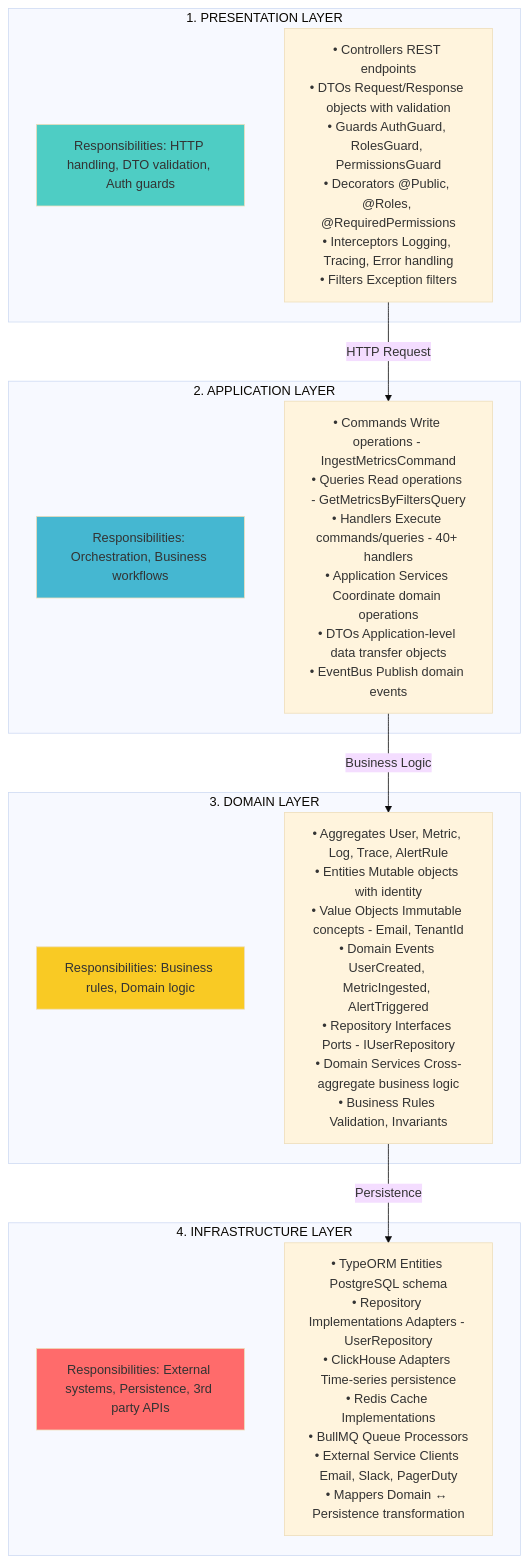
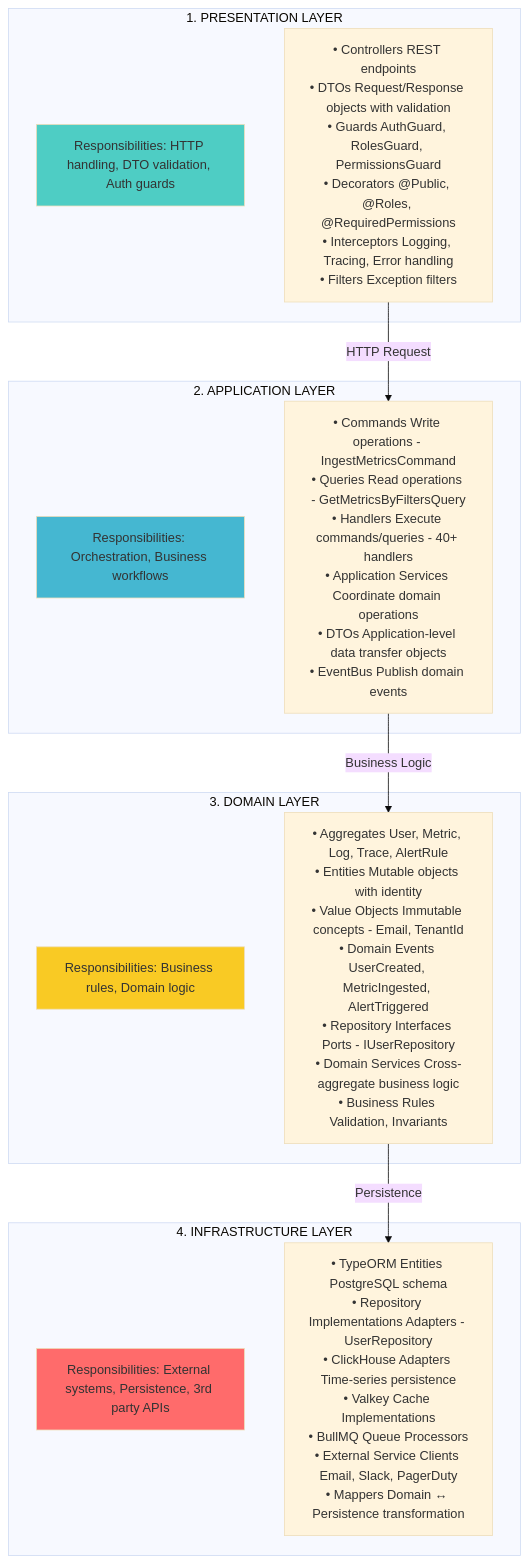
One commit to telemetryflow/telemetryflow-overview changed the fifth of 14 diagrams in architecture/01-SYSTEM-ARCHITECTURE.md. Above: the diagram before and after it, drawn with Mermaid (base theme). The commit also changed other lines of this file and 23 other files, not shown here.

First line of the commit message:
docs: relabel Redis->Valkey in architecture/diagrams/prose (follow-up sweep)

````diff
--- a/architecture/01-SYSTEM-ARCHITECTURE.md
+++ b/architecture/01-SYSTEM-ARCHITECTURE.md
@@ -255,31 +255,31 @@
 ```mermaid
 graph TB
     subgraph "1. PRESENTATION LAYER"
         P1[Responsibilities: HTTP handling, DTO validation, Auth guards]
         P2[• Controllers REST endpoints<br/>• DTOs Request/Response objects with validation<br/>• Guards AuthGuard, RolesGuard, PermissionsGuard<br/>• Decorators @Public, @Roles, @RequiredPermissions<br/>• Interceptors Logging, Tracing, Error handling<br/>• Filters Exception filters]
     end
 
     subgraph "2. APPLICATION LAYER"
         A1[Responsibilities: Orchestration, Business workflows]
         A2[• Commands Write operations - IngestMetricsCommand<br/>• Queries Read operations - GetMetricsByFiltersQuery<br/>• Handlers Execute commands/queries - 40+ handlers<br/>• Application Services Coordinate domain operations<br/>• DTOs Application-level data transfer objects<br/>• EventBus Publish domain events]
     end
 
     subgraph "3. DOMAIN LAYER"
         D1[Responsibilities: Business rules, Domain logic]
         D2[• Aggregates User, Metric, Log, Trace, AlertRule<br/>• Entities Mutable objects with identity<br/>• Value Objects Immutable concepts - Email, TenantId<br/>• Domain Events UserCreated, MetricIngested, AlertTriggered<br/>• Repository Interfaces Ports - IUserRepository<br/>• Domain Services Cross-aggregate business logic<br/>• Business Rules Validation, Invariants]
     end
 
     subgraph "4. INFRASTRUCTURE LAYER"
         I1[Responsibilities: External systems, Persistence, 3rd party APIs]
-        I2[• TypeORM Entities PostgreSQL schema<br/>• Repository Implementations Adapters - UserRepository<br/>• ClickHouse Adapters Time-series persistence<br/>• Redis Cache Implementations<br/>• BullMQ Queue Processors<br/>• External Service Clients Email, Slack, PagerDuty<br/>• Mappers Domain ↔ Persistence transformation]
+        I2[• TypeORM Entities PostgreSQL schema<br/>• Repository Implementations Adapters - UserRepository<br/>• ClickHouse Adapters Time-series persistence<br/>• Valkey Cache Implementations<br/>• BullMQ Queue Processors<br/>• External Service Clients Email, Slack, PagerDuty<br/>• Mappers Domain ↔ Persistence transformation]
     end
 
     P2 -->|HTTP Request| A2
     A2 -->|Business Logic| D2
     D2 -->|Persistence| I2
 
     style P1 fill:#4ecdc4
     style A1 fill:#45b7d1
     style D1 fill:#f9ca24
     style I1 fill:#ff6b6b
 ```
````
